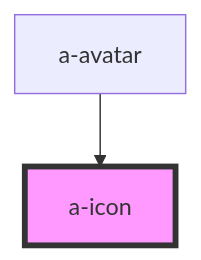
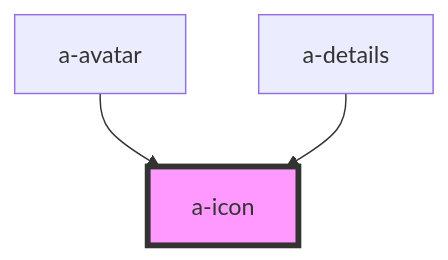
The diagram in libs/webcomponents/src/components/icon/readme.md (arnat-technologies/sdk), drawn with Mermaid before and after one commit. The commit also changed other lines of this file and 103 other files, not shown here.

````diff
--- a/libs/webcomponents/src/components/icon/readme.md
+++ b/libs/webcomponents/src/components/icon/readme.md
@@ -39,5 +40,6 @@
 ```mermaid
 graph TD;
   a-avatar --> a-icon
+  a-details --> a-icon
   style a-icon fill:#f9f,stroke:#333,stroke-width:4px
 ```
````
